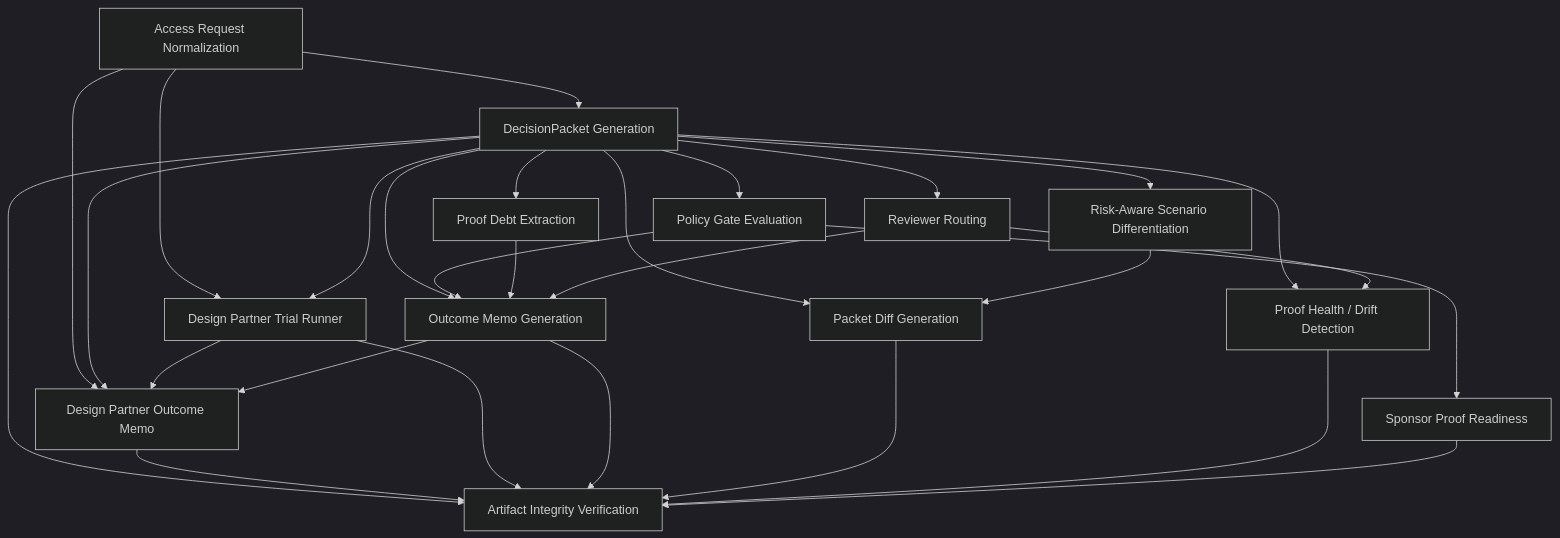
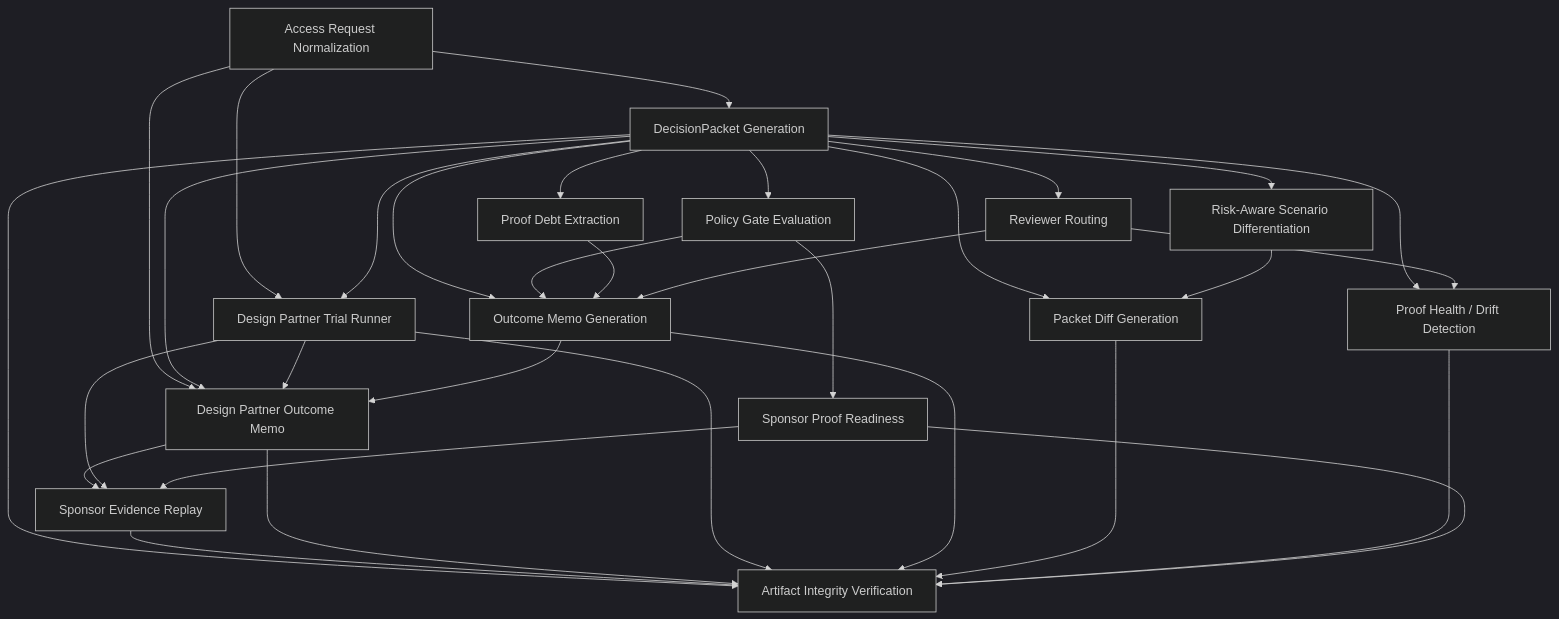
The diagram in docs/AGENT_SKILLS.md (jayeshsuyal/inferenceatlas-agent-demo), drawn with Mermaid (dark theme) before and after one commit. The commit also changed other lines of this file and 32 other files, not shown here.

Commit message:
feat: add sponsor evidence replay

````diff
--- a/docs/AGENT_SKILLS.md
+++ b/docs/AGENT_SKILLS.md
@@ -64,43 +65,48 @@
 ```mermaid
 graph TD
     access_request_normalization["Access Request Normalization"]
     decision_packet_generation["DecisionPacket Generation"]
     policy_gate_evaluation["Policy Gate Evaluation"]
     proof_debt_extraction["Proof Debt Extraction"]
     reviewer_routing["Reviewer Routing"]
     risk_aware_scenario_differentiation["Risk-Aware Scenario Differentiation"]
+    design_partner_evidence_replay["Sponsor Evidence Replay"]
     design_partner_outcome_memo["Design Partner Outcome Memo"]
     design_partner_trial_runner["Design Partner Trial Runner"]
     outcome_memo_generation["Outcome Memo Generation"]
     packet_diff_generation["Packet Diff Generation"]
     artifact_integrity_verification["Artifact Integrity Verification"]
     proof_health_drift_detection["Proof Health / Drift Detection"]
     sponsor_proof_readiness["Sponsor Proof Readiness"]
     access_request_normalization --> decision_packet_generation
     decision_packet_generation --> policy_gate_evaluation
     decision_packet_generation --> proof_debt_extraction
     decision_packet_generation --> reviewer_routing
     decision_packet_generation --> risk_aware_scenario_differentiation
+    design_partner_outcome_memo --> design_partner_evidence_replay
+    design_partner_trial_runner --> design_partner_evidence_replay
+    sponsor_proof_readiness --> design_partner_evidence_replay
     access_request_normalization --> design_partner_outcome_memo
     decision_packet_generation --> design_partner_outcome_memo
     design_partner_trial_runner --> design_partner_outcome_memo
     outcome_memo_generation --> design_partner_outcome_memo
     access_request_normalization --> design_partner_trial_runner
     decision_packet_generation --> design_partner_trial_runner
     decision_packet_generation --> outcome_memo_generation
     policy_gate_evaluation --> outcome_memo_generation
     proof_debt_extraction --> outcome_memo_generation
     reviewer_routing --> outcome_memo_generation
     decision_packet_generation --> packet_diff_generation
     risk_aware_scenario_differentiation --> packet_diff_generation
     decision_packet_generation --> artifact_integrity_verification
+    design_partner_evidence_replay --> artifact_integrity_verification
     design_partner_outcome_memo --> artifact_integrity_verification
     design_partner_trial_runner --> artifact_integrity_verification
     outcome_memo_generation --> artifact_integrity_verification
     packet_diff_generation --> artifact_integrity_verification
     proof_health_drift_detection --> artifact_integrity_verification
     sponsor_proof_readiness --> artifact_integrity_verification
     decision_packet_generation --> proof_health_drift_detection
     reviewer_routing --> proof_health_drift_detection
     policy_gate_evaluation --> sponsor_proof_readiness
 ```
````
